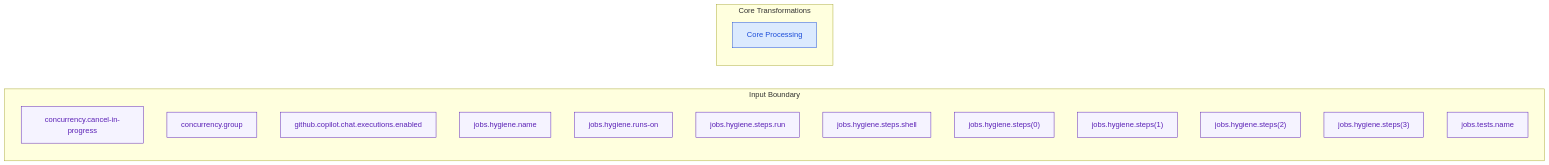
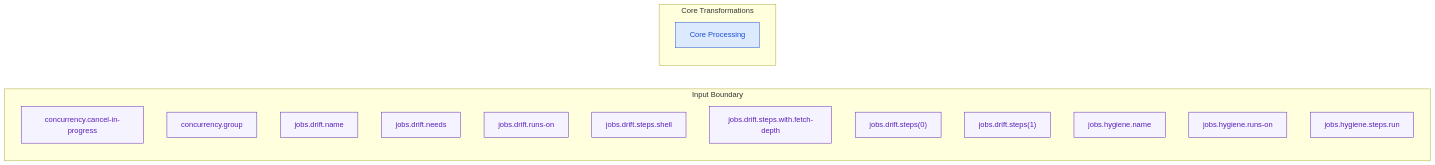
One commit to HeWhoRoams/AppDoc changed the diagram in docs/diagrams/data-flow.md. Above: the diagram before and after it, drawn with Mermaid. The commit also changed other lines of this file and 75 other files, not shown here.

````diff
--- a/docs/diagrams/data-flow.md
+++ b/docs/diagrams/data-flow.md
@@ -11,42 +11,42 @@
 ```mermaid
 flowchart LR
     %% Solid edges: runtime request/data flow. Dashed edges: structural/config/dependency links.
     subgraph inputs["Input Boundary"]
         config_concurrency_cancel_in_4184c67a["concurrency.cancel-in-progress"]
         config_concurrency_group_4353a474["concurrency.group"]
-        config_github_copilot_chat_ex_3233c7ea["github.copilot.chat.executions.enabled"]
+        config_jobs_drift_name_84d8c2e6["jobs.drift.name"]
+        config_jobs_drift_needs_98e6a433["jobs.drift.needs"]
+        config_jobs_drift_runs_on_589e2ca4["jobs.drift.runs-on"]
+        config_jobs_drift_steps_shell_ed460ba6["jobs.drift.steps.shell"]
+        config_jobs_drift_steps_with_d2da89f4["jobs.drift.steps.with.fetch-depth"]
+        config_jobs_drift_steps_0_99a79b90["jobs.drift.steps(0)"]
+        config_jobs_drift_steps_1_38332dfa["jobs.drift.steps(1)"]
         config_jobs_hygiene_name_a7867886["jobs.hygiene.name"]
         config_jobs_hygiene_runs_on_f616492a["jobs.hygiene.runs-on"]
         config_jobs_hygiene_steps_run_348a44cb["jobs.hygiene.steps.run"]
-        config_jobs_hygiene_steps_she_e80f611f["jobs.hygiene.steps.shell"]
-        config_jobs_hygiene_steps_0_81f99013["jobs.hygiene.steps(0)"]
-        config_jobs_hygiene_steps_1_1f5e909e["jobs.hygiene.steps(1)"]
-        config_jobs_hygiene_steps_2_93e42ea2["jobs.hygiene.steps(2)"]
-        config_jobs_hygiene_steps_3_74378ec2["jobs.hygiene.steps(3)"]
-        config_jobs_tests_name_93d08342["jobs.tests.name"]
     end
     subgraph processing["Core Transformations"]
         component_core_processing_6d28d771["Core Processing"]
     end
     class component_core_processing_6d28d771 component
     class config_concurrency_cancel_in_4184c67a config
     class config_concurrency_group_4353a474 config
-    class config_github_copilot_chat_ex_3233c7ea config
+    class config_jobs_drift_name_84d8c2e6 config
+    class config_jobs_drift_needs_98e6a433 config
+    class config_jobs_drift_runs_on_589e2ca4 config
+    class config_jobs_drift_steps_shell_ed460ba6 config
+    class config_jobs_drift_steps_with_d2da89f4 config
+    class config_jobs_drift_steps_0_99a79b90 config
+    class config_jobs_drift_steps_1_38332dfa config
     class config_jobs_hygiene_name_a7867886 config
     class config_jobs_hygiene_runs_on_f616492a config
     class config_jobs_hygiene_steps_run_348a44cb config
-    class config_jobs_hygiene_steps_she_e80f611f config
-    class config_jobs_hygiene_steps_0_81f99013 config
-    class config_jobs_hygiene_steps_1_1f5e909e config
-    class config_jobs_hygiene_steps_2_93e42ea2 config
-    class config_jobs_hygiene_steps_3_74378ec2 config
-    class config_jobs_tests_name_93d08342 config
 classDef actor fill:#0f172a,stroke:#0f172a,color:#ffffff,stroke-width:1px
 classDef inbound fill:#dcfce7,stroke:#166534,color:#166534,stroke-width:1px
 classDef outbound fill:#ffedd5,stroke:#9a3412,color:#9a3412,stroke-width:1px
 classDef component fill:#dbeafe,stroke:#1d4ed8,color:#1d4ed8,stroke-width:1px
 classDef data fill:#fef9c3,stroke:#854d0e,color:#854d0e,stroke-width:1px
 classDef config fill:#f5f3ff,stroke:#5b21b6,color:#5b21b6,stroke-width:1px
 classDef external fill:#fee2e2,stroke:#991b1b,color:#991b1b,stroke-width:1px
 classDef dependency fill:#ede9fe,stroke:#4338ca,color:#4338ca,stroke-width:1px
 ```
````
